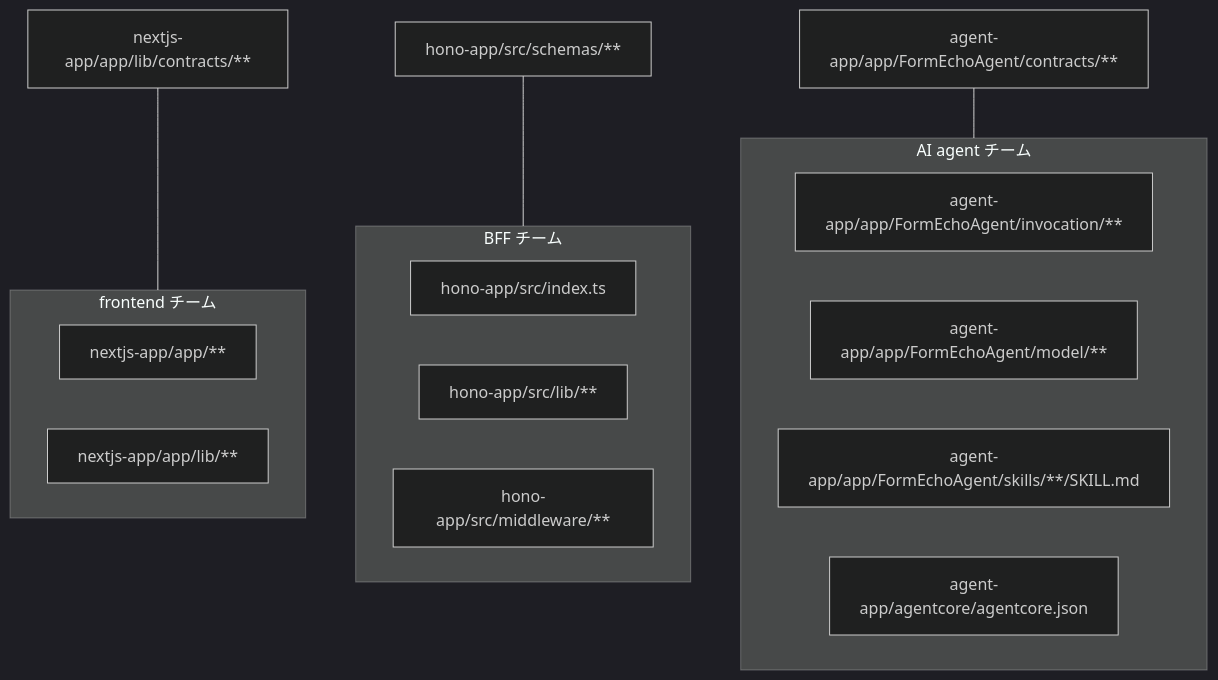
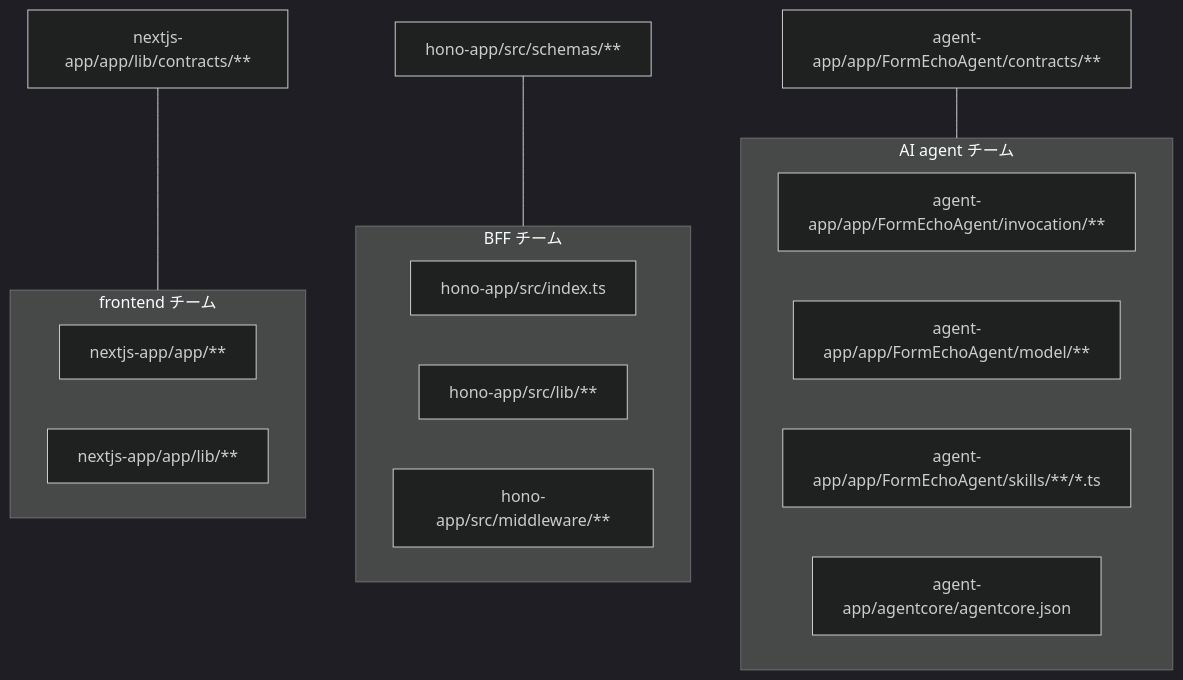
The first of 2 diagrams in docs/responsibilities.md (ag-ke-nakamura/form-echo-agent), drawn with Mermaid (dark theme) before and after one commit. The commit also changed 22 other files, not shown here.

````diff
--- a/docs/responsibilities.md
+++ b/docs/responsibilities.md
@@ -21,28 +21,28 @@
 ```mermaid
 graph TB
     subgraph fe["frontend チーム"]
         F1["nextjs-app/app/**"]
         F2["nextjs-app/app/lib/**"]
     end
 
     subgraph be["BFF チーム"]
         B1["hono-app/src/index.ts"]
         B2["hono-app/src/lib/**"]
         B3["hono-app/src/middleware/**"]
     end
 
     subgraph ai["AI agent チーム"]
         A1["agent-app/app/FormEchoAgent/invocation/**"]
         A2["agent-app/app/FormEchoAgent/model/**"]
-        A3["agent-app/app/FormEchoAgent/skills/**/SKILL.md"]
+        A3["agent-app/app/FormEchoAgent/skills/**/*.ts"]
         A4["agent-app/agentcore/agentcore.json"]
     end
 
     F3["nextjs-app/app/lib/contracts/**"]
     B4["hono-app/src/schemas/**"]
     A5["agent-app/app/FormEchoAgent/contracts/**"]
 
     F3 --- fe
     B4 --- be
     A5 --- ai
 ```
````
